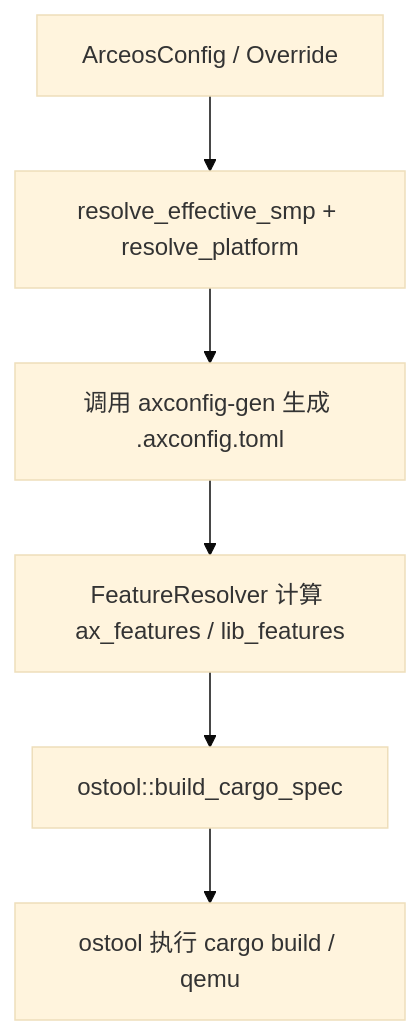
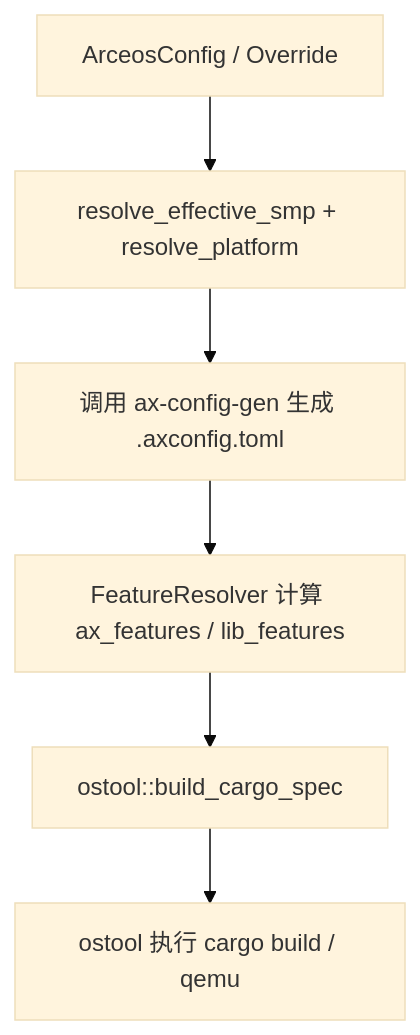
One commit to zKurisu/tgoskits changed the first of 2 diagrams in docs/crates/axbuild.md. Above: the diagram before and after it, drawn with Mermaid (base theme). The commit also changed other lines of this file and 47 other files, not shown here.

Commit message:
rename axconfig-gen to ax-config-gen

````diff
--- a/docs/crates/axbuild.md
+++ b/docs/crates/axbuild.md
@@ -24,8 +24,8 @@
 ```mermaid
 flowchart TD
     A["ArceosConfig / Override"] --> B["resolve_effective_smp + resolve_platform"]
-    B --> C["调用 axconfig-gen 生成 .axconfig.toml"]
+    B --> C["调用 ax-config-gen 生成 .axconfig.toml"]
     C --> D["FeatureResolver 计算 ax_features / lib_features"]
     D --> E["ostool::build_cargo_spec"]
     E --> F["ostool 执行 cargo build / qemu"]
 ```
````
